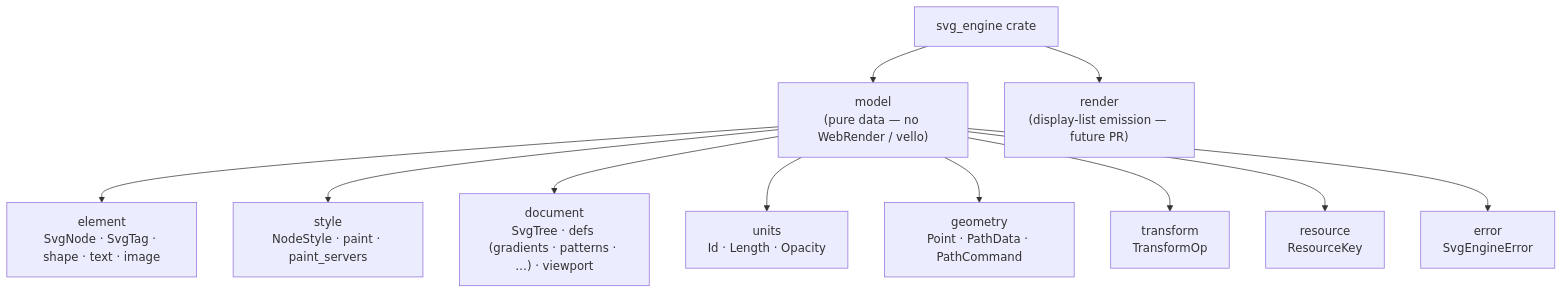
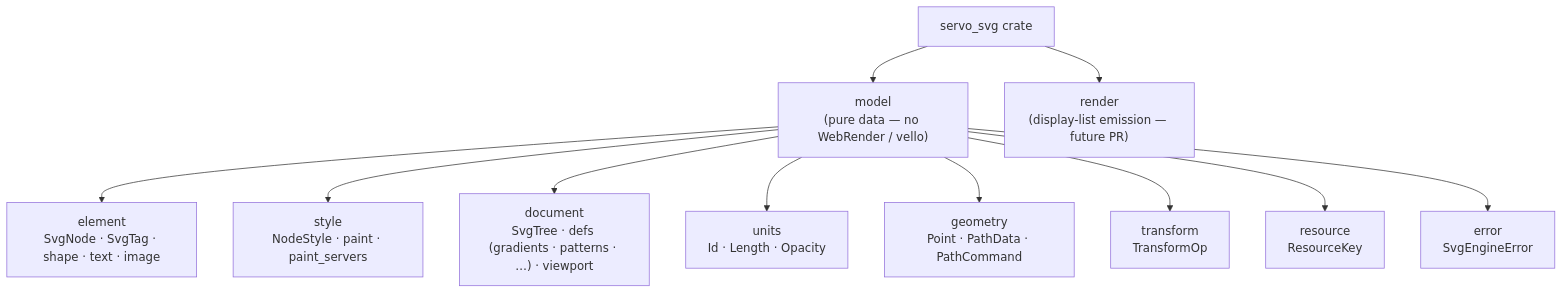
Before and after one commit to mu-mostafa98/servo: the first of 17 diagrams in svg-engine-data-model.md, drawn with Mermaid. The commit also changed other lines of this file and 81 other files, not shown here.

First line of the commit message:
svg: rename svg_engine to servo-svg and flatten document module

````diff
--- a/svg-engine-data-model.md
+++ b/svg-engine-data-model.md
@@ -31,14 +31,14 @@
 ```mermaid
 flowchart TD
-    CE["svg_engine crate"] --> M["model<br/>(pure data — no WebRender / vello)"]
+    CE["servo_svg crate"] --> M["model<br/>(pure data — no WebRender / vello)"]
     CE --> R["render<br/>(display-list emission — future PR)"]
 
     M --> E["element<br/>SvgNode · SvgTag · shape · text · image"]
     M --> S["style<br/>NodeStyle · paint · paint_servers"]
     M --> D["document<br/>SvgTree · defs (gradients · patterns · …) · viewport"]
     M --> U["units<br/>Id · Length · Opacity"]
     M --> G["geometry<br/>Point · PathData · PathCommand"]
     M --> T["transform<br/>TransformOp"]
     M --> RS["resource<br/>ResourceKey"]
     M --> ER["error<br/>SvgEngineError"]
 ```
````
